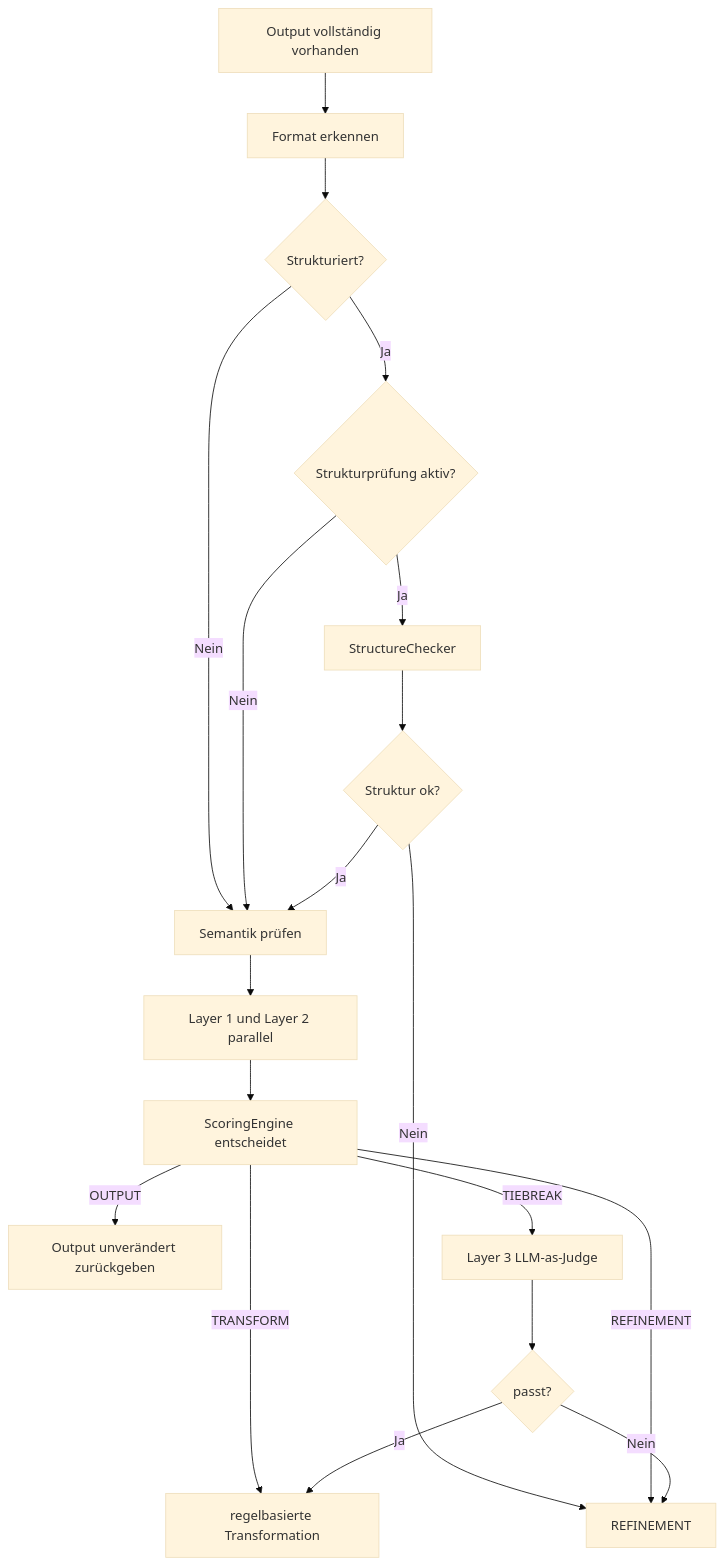
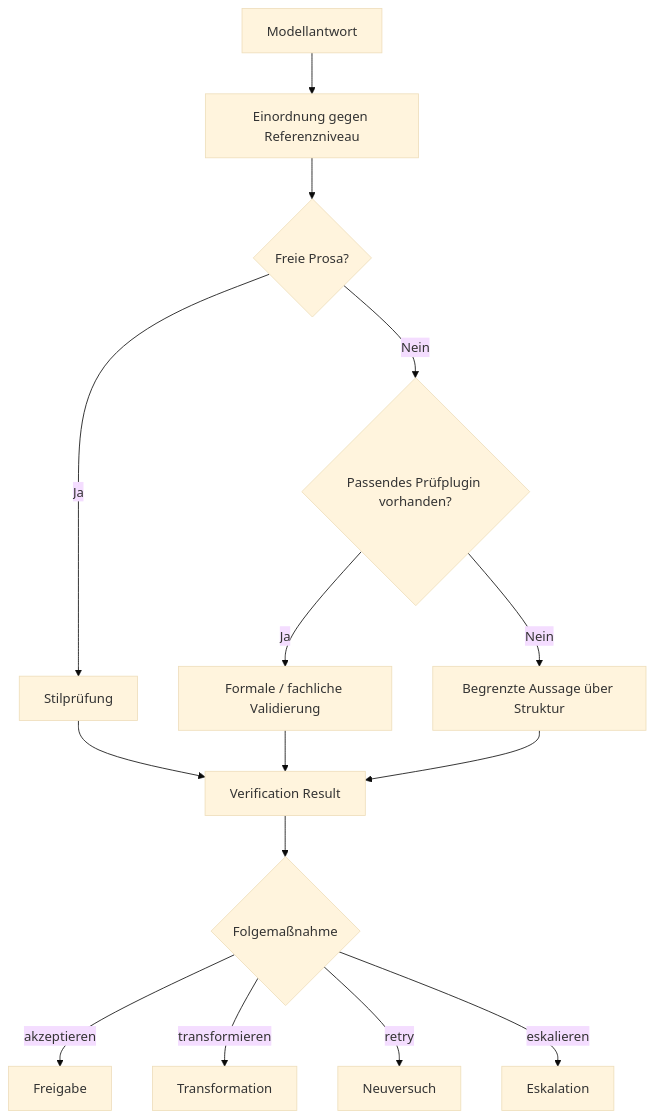
Before and after one commit to max-dingsda/MDAL: the diagram in Docs/03-verification.md, drawn with Mermaid (base theme). The commit also changed other lines of this file and 7 other files, not shown here.

````diff
--- a/Docs/03-verification.md
+++ b/Docs/03-verification.md
@@ -14,27 +55,21 @@
 ```mermaid
 flowchart TD
-    A[Output vollständig vorhanden] --> B[Format erkennen]
+    A[Modellantwort] --> B[Einordnung gegen Referenzniveau]
+    B --> C{Freie Prosa?}
 
-    B --> C{Strukturiert?}
-    C -- Nein --> D[Semantik prüfen]
-    C -- Ja --> E{Strukturprüfung aktiv?}
+    C -- Ja --> D[Stilprüfung]
+    C -- Nein --> E{Passendes Prüfplugin vorhanden?}
 
-    E -- Ja --> F[StructureChecker]
-    E -- Nein --> D
+    E -- Ja --> F[Formale / fachliche Validierung]
+    E -- Nein --> G[Begrenzte Aussage über Struktur]
 
-    F --> G{Struktur ok?}
-    G -- Nein --> R[REFINEMENT]
-    G -- Ja --> D
+    D --> H[Verification Result]
+    F --> H
+    G --> H
 
-    D --> H[Layer 1 und Layer 2 parallel]
-    H --> I[ScoringEngine entscheidet]
-
-    I -->|OUTPUT| O[Output unverändert zurückgeben]
-    I -->|TRANSFORM| T[regelbasierte Transformation]
-    I -->|REFINEMENT| R
-    I -->|TIEBREAK| J[Layer 3 LLM-as-Judge]
-
-    J --> K{passt?}
-    K -- Ja --> T
-    K -- Nein --> R
+    H --> I{Folgemaßnahme}
+    I -- akzeptieren --> J[Freigabe]
+    I -- transformieren --> K[Transformation]
+    I -- retry --> L[Neuversuch]
+    I -- eskalieren --> M[Eskalation]
 ```
````
